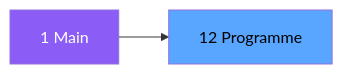
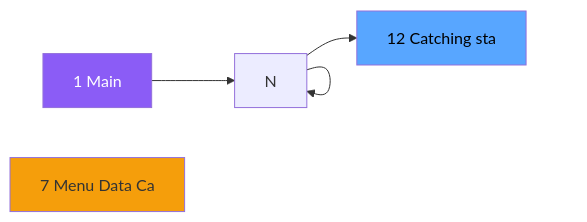
The second of 3 diagrams in .openspec/specs/ADH-IDE-12.md (thonyAGP/magic-migration), drawn with Mermaid before and after one commit. The commit also changed other lines of this file and 323 other files, not shown here.

````diff
--- a/.openspec/specs/ADH-IDE-12.md
+++ b/.openspec/specs/ADH-IDE-12.md
@@ -102,8 +117,13 @@
 ```mermaid
 graph LR
     M[1 Main]
-    T[12 Programme]
-    M --> T
+    N7[7 Menu Data Ca]
+    T[12 Catching sta]
+    M --> N
+    N --> N
+    N --> N
+    N --> T
     style M fill:#8b5cf6,color:#fff
+    style N7 fill:#f59e0b
     style T fill:#58a6ff,color:#000
 ```
````
